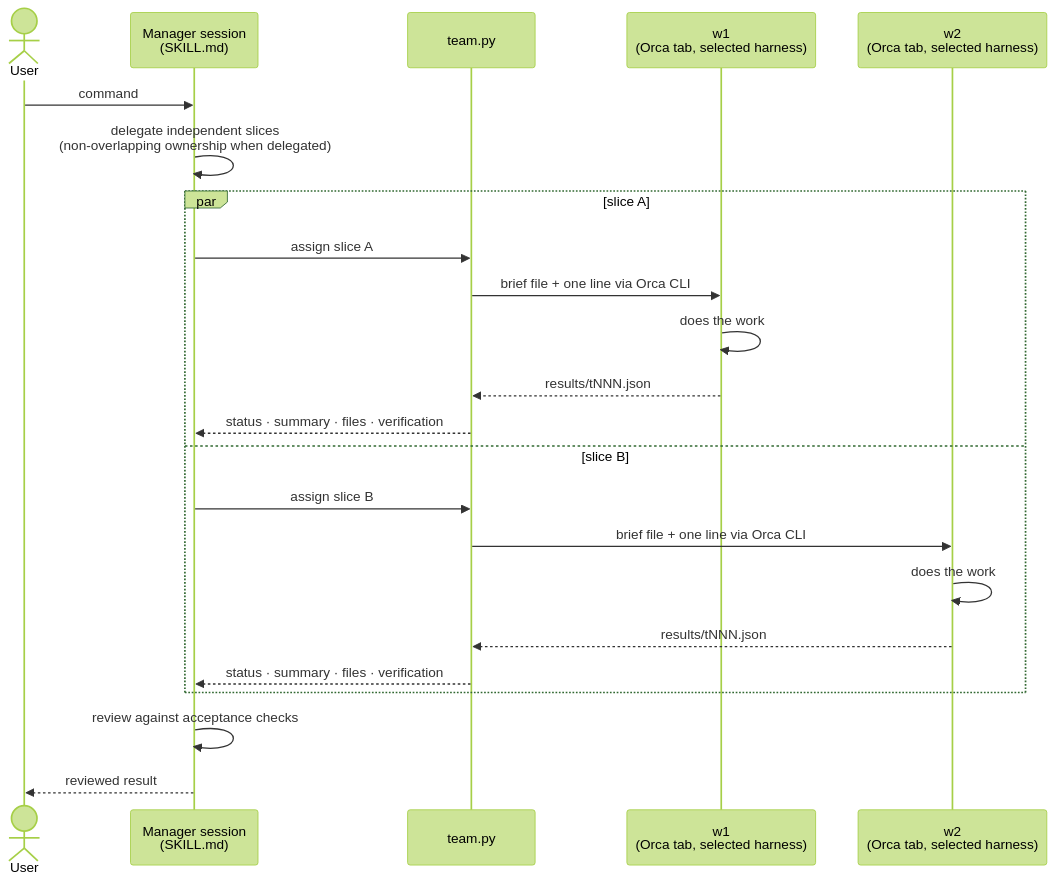
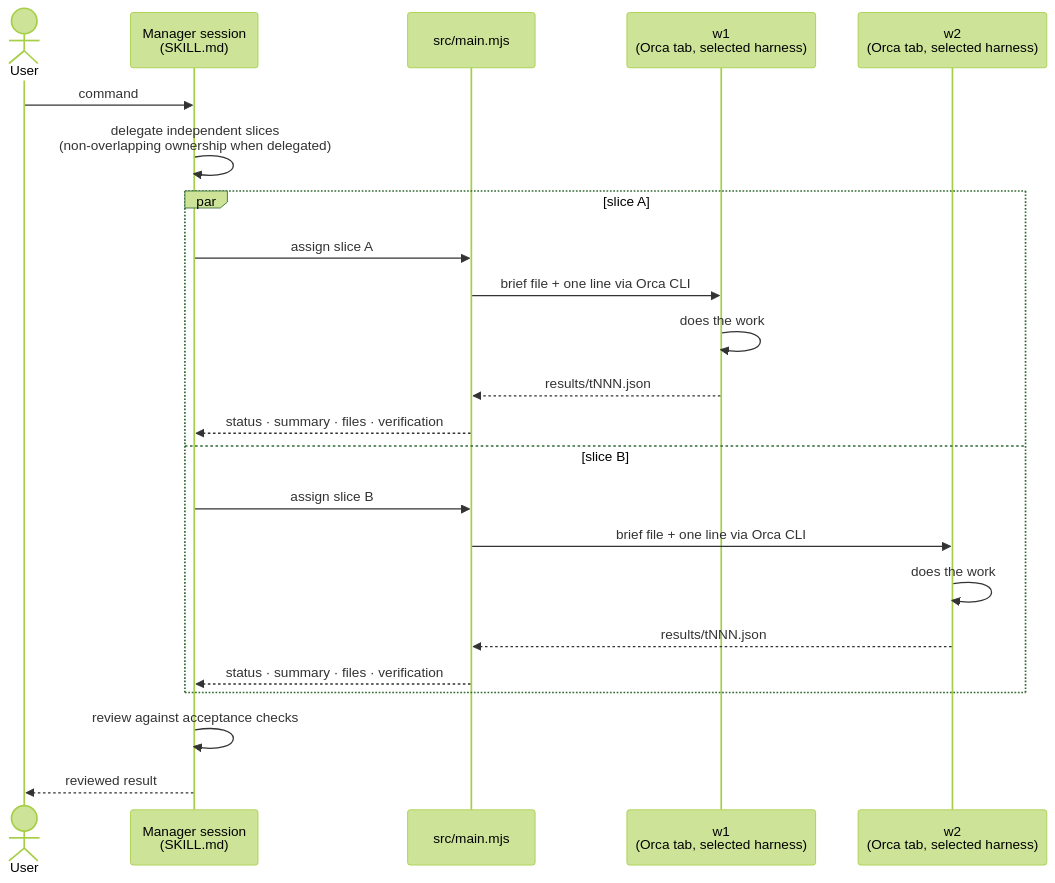
The diagram in README.md (DamChan0/team-building-skill), drawn with Mermaid (forest theme) before and after one commit. The commit also changed other lines of this file and 13 other files, not shown here.

````diff
--- a/README.md
+++ b/README.md
@@ -11,25 +11,25 @@
 ```mermaid
 sequenceDiagram
     actor U as User
     participant M as Manager session<br/>(SKILL.md)
-    participant H as team.py
+    participant H as src/main.mjs
     participant W1 as w1<br/>(Orca tab, selected harness)
     participant W2 as w2<br/>(Orca tab, selected harness)
     U->>M: command
     M->>M: delegate independent slices<br/>(non-overlapping ownership when delegated)
     par slice A
         M->>H: assign slice A
         H->>W1: brief file + one line via Orca CLI
         W1->>W1: does the work
         W1-->>H: results/tNNN.json
         H-->>M: status · summary · files · verification
     and slice B
         M->>H: assign slice B
         H->>W2: brief file + one line via Orca CLI
         W2->>W2: does the work
         W2-->>H: results/tNNN.json
         H-->>M: status · summary · files · verification
     end
     M->>M: review against acceptance checks
     M-->>U: reviewed result
 ```
````
